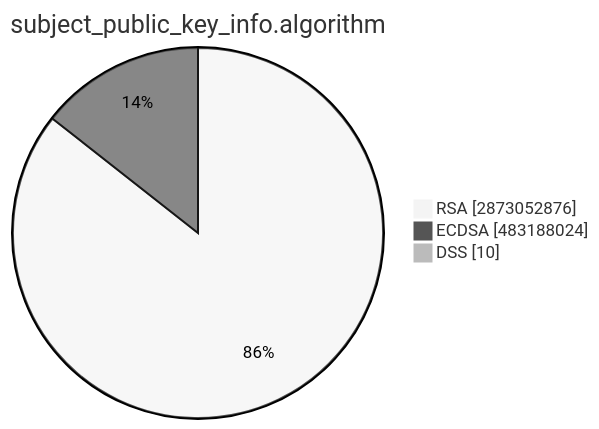
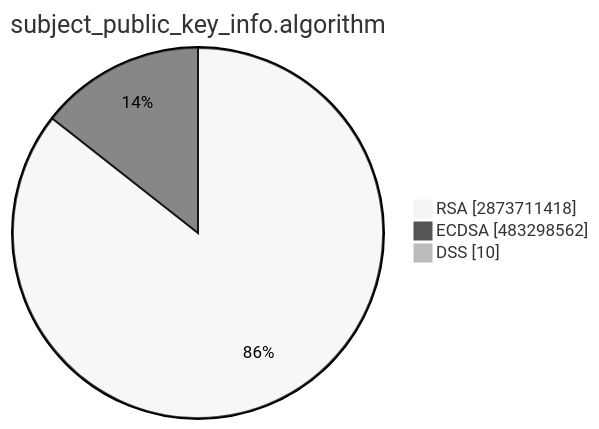
The second of 15 diagrams in TOTAL/README.md (christiankrug/ctmonitor_visualization), drawn with Mermaid (neutral theme) before and after one commit. The commit also changed other lines of this file, not shown here.

````diff
--- a/TOTAL/README.md
+++ b/TOTAL/README.md
@@ -6,7 +6,7 @@
 ```mermaid
 pie showData
 title subject_public_key_info.algorithm
-"RSA" :2873052876
-"ECDSA" :483188024
+"RSA" :2873711418
+"ECDSA" :483298562
 "DSS" :10
 ```
````
